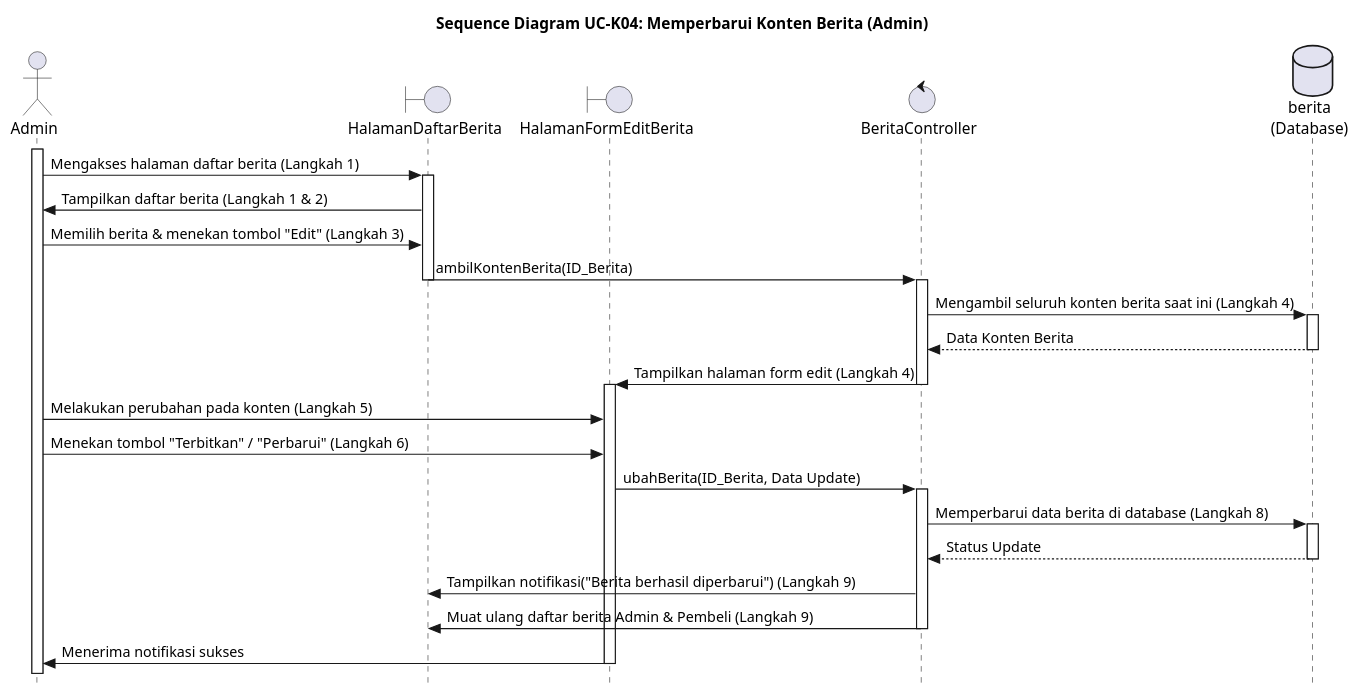
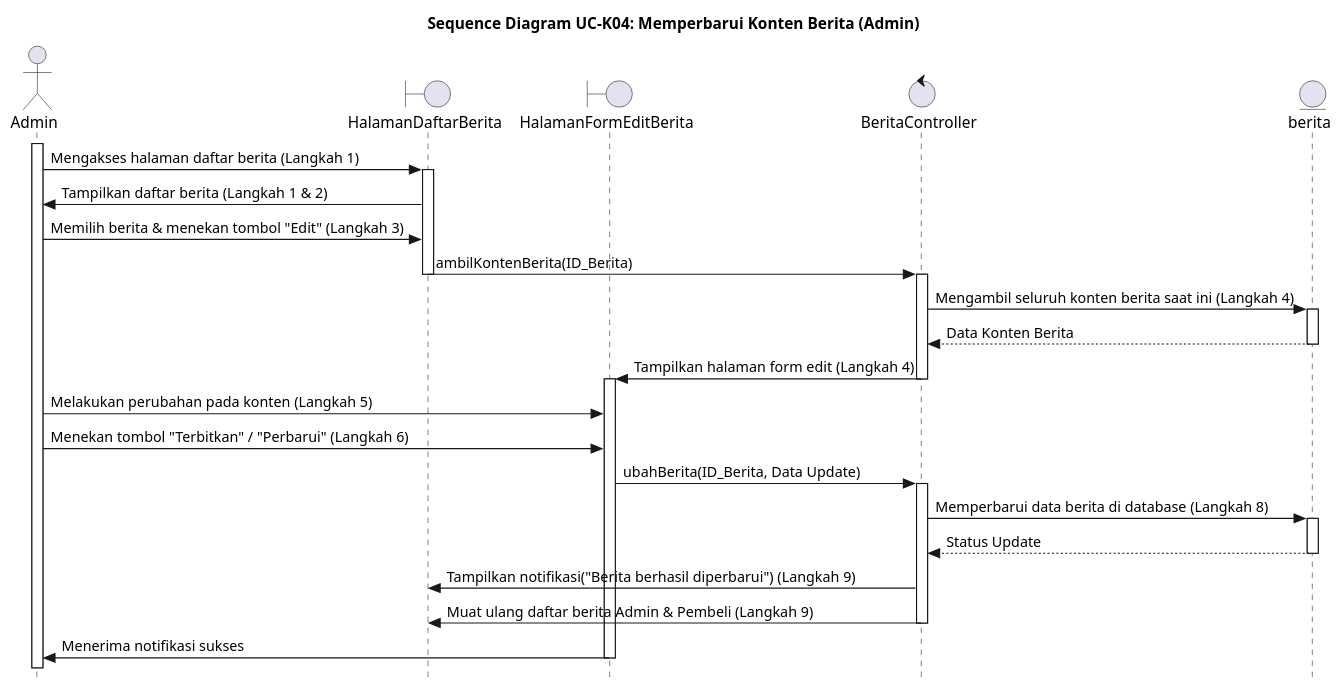
One commit to alfiahnurfa/RSI-PROYEK-AKHIR-SEQUENCE changed the diagram in UC-K04.PUML. Above: the diagram before and after it, drawn with PlantUML. The commit also changed 54 other files, not shown here.

Commit message:
revisi database ke entity

```diff
--- a/UC-K04.PUML
+++ b/UC-K04.PUML
@@ -1,72 +1,72 @@
 @startuml SD-UC-K04_PerbaruiBerita
 title Sequence Diagram UC-K04: Memperbarui Konten Berita (Admin)
 skinparam style strictuml
 
 actor Admin
 boundary HalamanDaftarBerita
 boundary HalamanFormEditBerita
 control BeritaController
-database berita as "berita\n(Database)"
+entity berita
 
 ' box "Sistem Manajemen Berita"
 '     participant HalamanDaftarBerita
 '     participant HalamanFormEditBerita
 '     participant BeritaController
 ' end box
 
 activate Admin
 Admin -> HalamanDaftarBerita : Mengakses halaman daftar berita (Langkah 1)
 activate HalamanDaftarBerita
 
 HalamanDaftarBerita -> Admin : Tampilkan daftar berita (Langkah 1 & 2)
 
 Admin -> HalamanDaftarBerita : Memilih berita & menekan tombol "Edit" (Langkah 3)
 HalamanDaftarBerita -> BeritaController : ambilKontenBerita(ID_Berita)
 deactivate HalamanDaftarBerita
 activate BeritaController
 
 BeritaController -> berita : Mengambil seluruh konten berita saat ini (Langkah 4)
 activate berita
 return Data Konten Berita
 deactivate berita
 
 BeritaController -> HalamanFormEditBerita : Tampilkan halaman form edit (Langkah 4)
 deactivate BeritaController
 activate HalamanFormEditBerita
 
 Admin -> HalamanFormEditBerita : Melakukan perubahan pada konten (Langkah 5)
 
 Admin -> HalamanFormEditBerita : Menekan tombol "Terbitkan" / "Perbarui" (Langkah 6)
 
 HalamanFormEditBerita -> BeritaController : ubahBerita(ID_Berita, Data Update)
 activate BeritaController
 
 ' BeritaController -> BeritaController : Validasi kelengkapan data (Langkah 7)
 
 BeritaController -> berita : Memperbarui data berita di database (Langkah 8)
 activate berita
 return Status Update
 deactivate berita
 
 BeritaController -> HalamanDaftarBerita : Tampilkan notifikasi("Berita berhasil diperbarui") (Langkah 9)
 BeritaController -> HalamanDaftarBerita : Muat ulang daftar berita Admin & Pembeli (Langkah 9)
 deactivate BeritaController
 
 HalamanFormEditBerita -> Admin : Menerima notifikasi sukses
 deactivate HalamanFormEditBerita
 
 ' alt Gagal Validasi (Alternative Flow 7.a)
 '     BeritaController -> HalamanFormEditBerita : Tampilkan notifikasi("Pembaruan Gagal: Mohon perbaiki...") (Langkah 8.a)
 '     deactivate BeritaController
 
 '     HalamanFormEditBerita -> Admin : Menerima notifikasi gagal
     
 '     note over Admin, HalamanFormEditBerita
 '         Memperbaiki data (Langkah 9.a)
 '         Kembali ke Langkah 6 (Langkah 9.b)
 '     end note
 ' else Validasi Sukses (Main Flow)
 
 ' end alt
 
 @enduml
```
